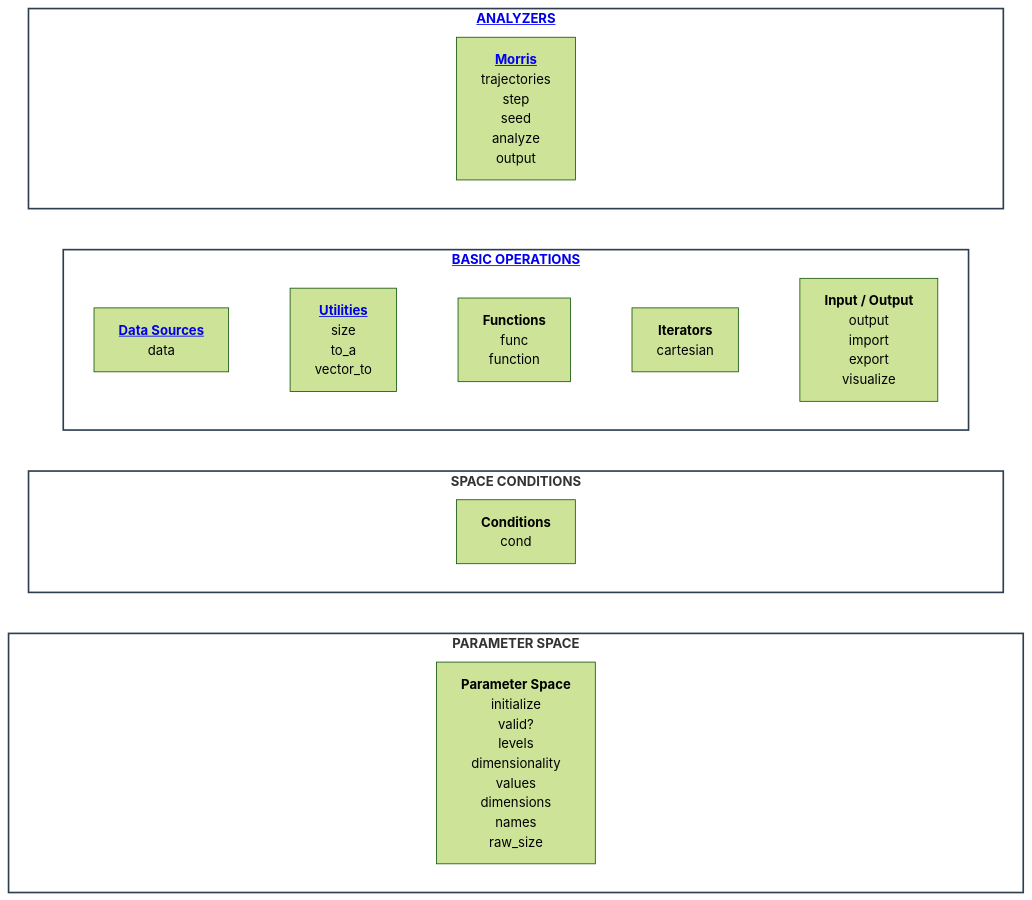
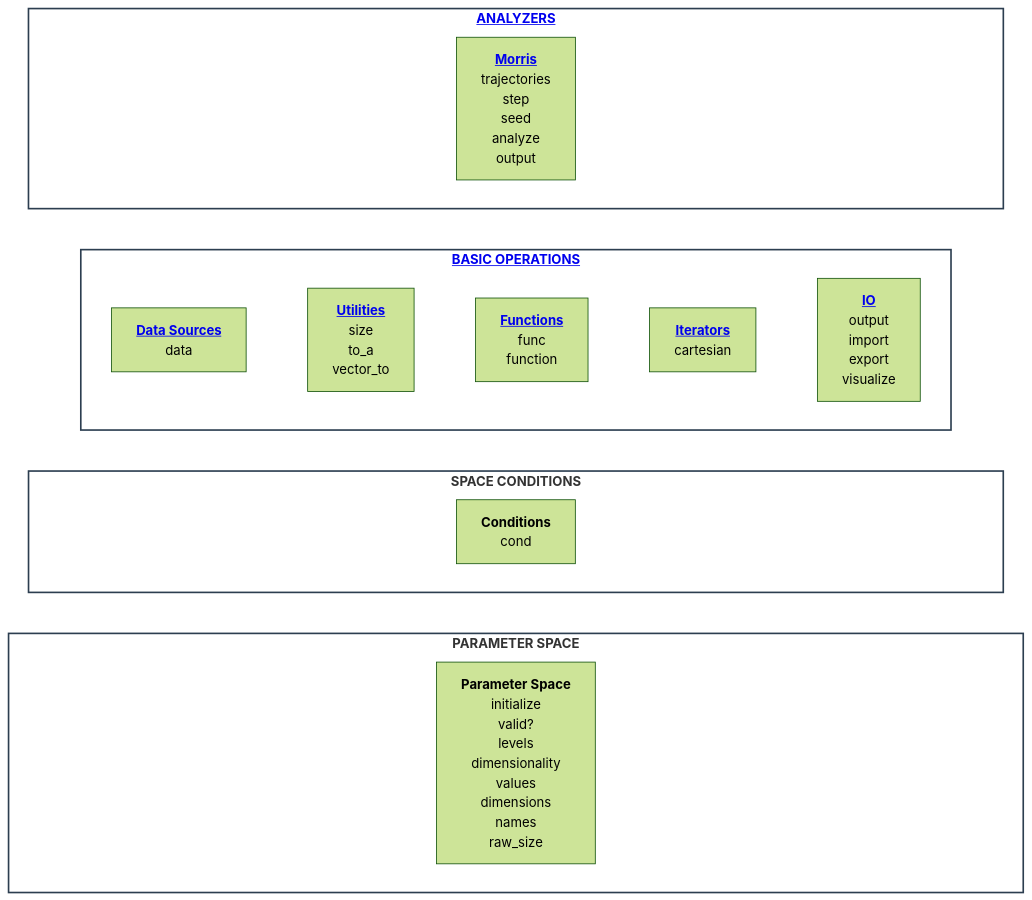
One commit to Yuri-Rassokhin/flex-cartesian changed the diagram in docs/api/api.md. Above: the diagram before and after it, drawn with Mermaid (forest theme). The commit also changed other lines of this file, not shown here.

Commit message:
updated: README

````diff
--- a/docs/api/api.md
+++ b/docs/api/api.md
@@ -6,31 +6,31 @@
 ```mermaid
 flowchart TB
     classDef layer fill:#ffffff,stroke:#2c3e50,stroke-width:2px;
     classDef ghost fill:transparent,stroke:transparent,color:transparent;
 
     subgraph Analyzers ["<a href='https://github.com/Yuri-Rassokhin/flex-cartesian/blob/main/docs/api/api.md#analyzers'><b>ANALYZERS</b></a>"]
         direction LR
         gA1["xxxxxxxxxxxxxxxxxxxxxxxxxxxxxxxxxxxxxxxx"]:::ghost ~~~ M["<a href='https://github.com/Yuri-Rassokhin/flex-cartesian/blob/main/docs/api/api.md#morris-analyzer'><b>Morris</b></a><br/>trajectories<br/>step<br/>seed<br/>analyze<br/>output"] ~~~ gA2["xxxxxxxxxxxxxxxxxxxxxxxxxxxxxxxxxxxxxxxx"]:::ghost
     end
 
     subgraph Core ["<a href='https://github.com/Yuri-Rassokhin/flex-cartesian/blob/main/docs/api/api.md#basic-operations'><b>BASIC OPERATIONS</b></a>"]
         direction LR
-        DS["<a href='https://github.com/Yuri-Rassokhin/flex-cartesian/blob/main/docs/api/api.md#data-sources'><b>Data Sources</b></a><br/>data"] ~~~ UT["<a href='https://github.com/Yuri-Rassokhin/flex-cartesian/blob/main/docs/api/api.md#utilities'><b>Utilities</b></a><br/>size<br/>to_a<br/>vector_to"] ~~~ FN["<b>Functions</b><br/>func<br/>function"] ~~~ IT["<b>Iterators</b><br/>cartesian"] ~~~ IO["<b>Input / Output</b><br/>output<br/>import<br/>export<br/>visualize"]
+        DS["<a href='https://github.com/Yuri-Rassokhin/flex-cartesian/blob/main/docs/api/api.md#data-sources'><b>Data Sources</b></a><br/>data"] ~~~ UT["<a href='https://github.com/Yuri-Rassokhin/flex-cartesian/blob/main/docs/api/api.md#utilities'><b>Utilities</b></a><br/>size<br/>to_a<br/>vector_to"] ~~~ FN["<a href='https://github.com/Yuri-Rassokhin/flex-cartesian/blob/main/docs/api/api.md#functions'><b>Functions</b></a><br/>func<br/>function"] ~~~ IT["<a href='https://github.com/Yuri-Rassokhin/flex-cartesian/blob/main/docs/api/api.md#iterators'><b>Iterators</b></a><br/>cartesian"] ~~~ IO["<a href='https://github.com/Yuri-Rassokhin/flex-cartesian/blob/main/docs/api/api.md#io'><b>IO</b></a><br/>output<br/>import<br/>export<br/>visualize"]
     end
 
     subgraph Cond ["<b>SPACE CONDITIONS</b>"]
         direction LR
         gC1["xxxxxxxxxxxxxxxxxxxxxxxxxxxxxxxxxxxxxxxx"]:::ghost ~~~ C["<b>Conditions</b><br/>cond"] ~~~ gC2["xxxxxxxxxxxxxxxxxxxxxxxxxxxxxxxxxxxxxxxx"]:::ghost
     end
 
     subgraph Params ["<b>PARAMETER SPACE</b>"]
         direction LR
         gP1["xxxxxxxxxxxxxxxxxxxxxxxxxxxxxxxxxxxxxxxx"]:::ghost ~~~ PS["<b>Parameter Space</b><br/>initialize<br/>valid?<br/>levels<br/>dimensionality<br/>values<br/>dimensions<br/>names<br/>raw_size"] ~~~ gP2["xxxxxxxxxxxxxxxxxxxxxxxxxxxxxxxxxxxxxxxx"]:::ghost
     end
 
     Analyzers ~~~ Core
     Core ~~~ Cond
     Cond ~~~ Params
 
     class Analyzers,Core,Cond,Params layer;
 ```
````
